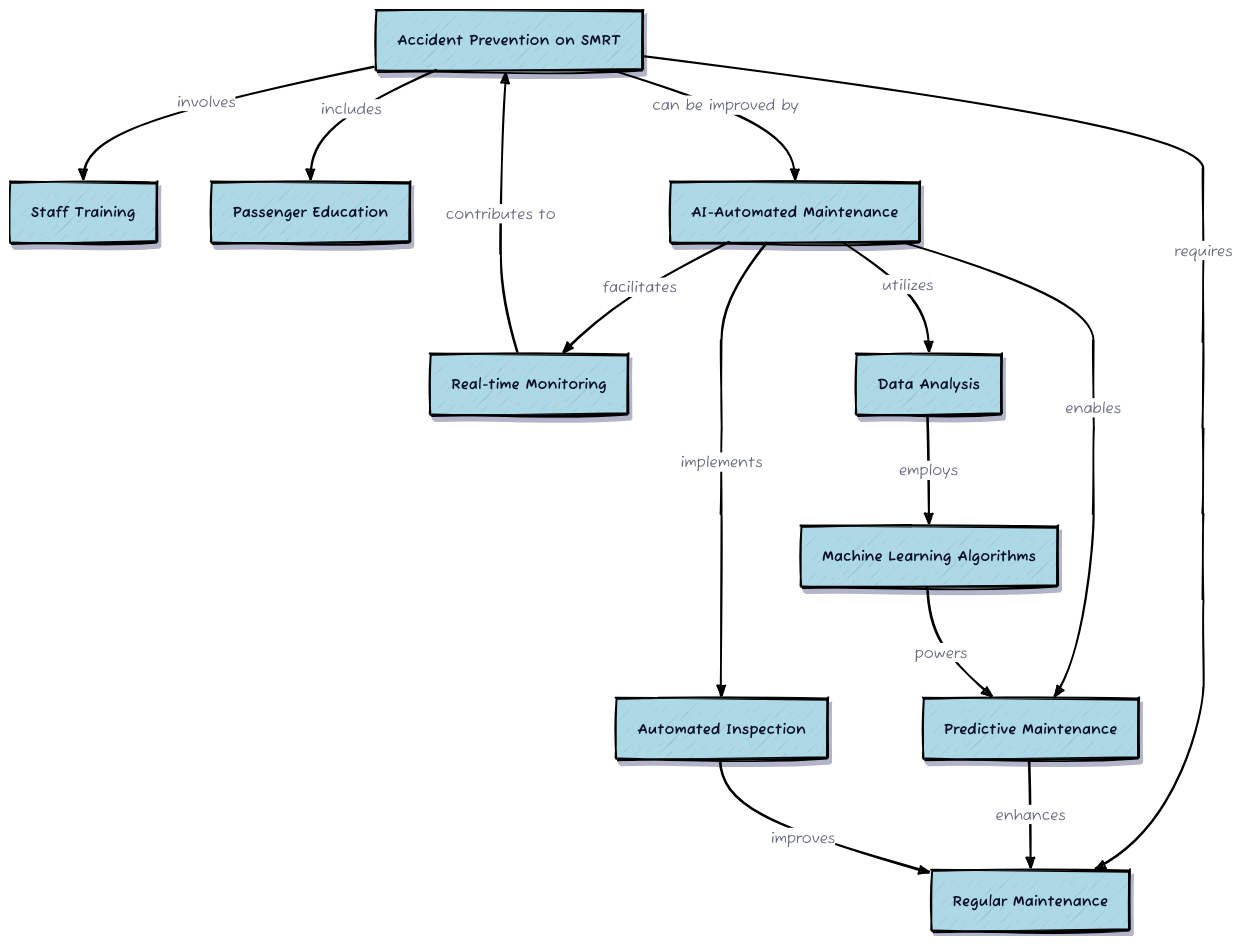
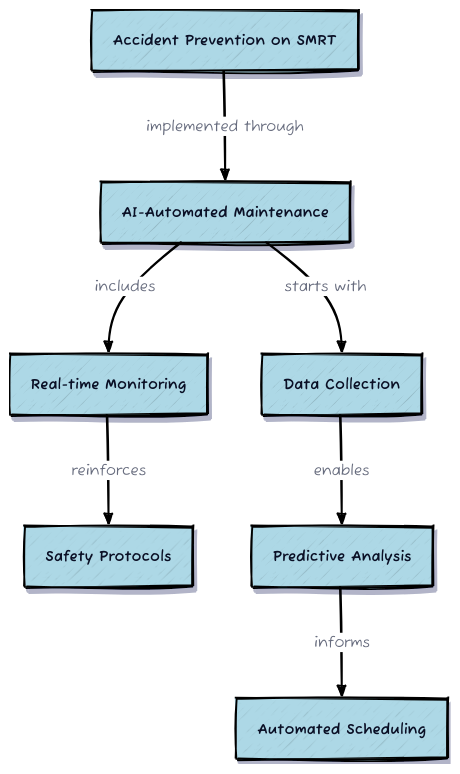
The diagram in database/evaluation/images/How-to-avoid-accidents-on-SMRT-in-Singapore?-How-to-use-AI-to-automate-the-process-of-maintainence?.d2 (fangyuan-ksgk/process-supervision), drawn with D2 before and after one commit. The commit also changed 4 other files, not shown here.

```diff
--- a/database/evaluation/images/How-to-avoid-accidents-on-SMRT-in-Singapore?-How-to-use-AI-to-automate-the-process-of-maintainence?.d2
+++ b/database/evaluation/images/How-to-avoid-accidents-on-SMRT-in-Singapore?-How-to-use-AI-to-automate-the-process-of-maintainence?.d2
@@ -1,195 +1,123 @@
 
 vars: {
   d2-config: {
     sketch: true
   }
 }
 classes: {
   process: {
     label: ""
     shape: rectangle
     style: {
       fill: lightblue
       shadow: true
     }
   }
 }
 
 Accident_Prevention_on_SMRT.class: process
 Accident_Prevention_on_SMRT.label: "Accident Prevention on SMRT"
 Accident_Prevention_on_SMRT: {
   style: {
     opacity: 1
     stroke: "black"
     stroke-width: 2
     shadow: true
   }
 }
-Regular_Maintenance.class: process
-Regular_Maintenance.label: "Regular Maintenance"
-Regular_Maintenance: {
-  style: {
-    opacity: 1
-    stroke: "black"
-    stroke-width: 2
-    shadow: true
-  }
-}
-Staff_Training.class: process
-Staff_Training.label: "Staff Training"
-Staff_Training: {
-  style: {
-    opacity: 1
-    stroke: "black"
-    stroke-width: 2
-    shadow: true
-  }
-}
-Passenger_Education.class: process
-Passenger_Education.label: "Passenger Education"
-Passenger_Education: {
-  style: {
-    opacity: 1
-    stroke: "black"
-    stroke-width: 2
-    shadow: true
-  }
-}
 AI-Automated_Maintenance.class: process
 AI-Automated_Maintenance.label: "AI-Automated Maintenance"
 AI-Automated_Maintenance: {
-  style: {
-    opacity: 1
-    stroke: "black"
-    stroke-width: 2
-    shadow: true
-  }
-}
-Predictive_Maintenance.class: process
-Predictive_Maintenance.label: "Predictive Maintenance"
-Predictive_Maintenance: {
   style: {
     opacity: 1
     stroke: "black"
     stroke-width: 2
     shadow: true
   }
 }
 Real-time_Monitoring.class: process
 Real-time_Monitoring.label: "Real-time Monitoring"
 Real-time_Monitoring: {
   style: {
     opacity: 1
     stroke: "black"
     stroke-width: 2
     shadow: true
   }
 }
-Automated_Inspection.class: process
-Automated_Inspection.label: "Automated Inspection"
-Automated_Inspection: {
+Data_Collection.class: process
+Data_Collection.label: "Data Collection"
+Data_Collection: {
   style: {
     opacity: 1
     stroke: "black"
     stroke-width: 2
     shadow: true
   }
 }
-Data_Analysis.class: process
-Data_Analysis.label: "Data Analysis"
-Data_Analysis: {
+Safety_Protocols.class: process
+Safety_Protocols.label: "Safety Protocols"
+Safety_Protocols: {
   style: {
     opacity: 1
     stroke: "black"
     stroke-width: 2
     shadow: true
   }
 }
-Machine_Learning_Algorithms.class: process
-Machine_Learning_Algorithms.label: "Machine Learning Algorithms"
-Machine_Learning_Algorithms: {
+Predictive_Analysis.class: process
+Predictive_Analysis.label: "Predictive Analysis"
+Predictive_Analysis: {
   style: {
     opacity: 1
     stroke: "black"
     stroke-width: 2
     shadow: true
   }
 }
-Accident_Prevention_on_SMRT -> Regular_Maintenance: {
-  label: "requires"
+Automated_Scheduling.class: process
+Automated_Scheduling.label: "Automated Scheduling"
+Automated_Scheduling: {
+  style: {
+    opacity: 1
+    stroke: "black"
+    stroke-width: 2
+    shadow: true
+  }
+}
+Accident_Prevention_on_SMRT -> AI-Automated_Maintenance: {
+  label: "implemented through"
   style.stroke: black
   style.opacity: 1
   style.stroke-width: 2
 }
-Accident_Prevention_on_SMRT -> Staff_Training: {
-  label: "involves"
-  style.stroke: black
-  style.opacity: 1
-  style.stroke-width: 2
-}
-Accident_Prevention_on_SMRT -> Passenger_Education: {
+AI-Automated_Maintenance -> Real-time_Monitoring: {
   label: "includes"
   style.stroke: black
   style.opacity: 1
   style.stroke-width: 2
 }
-Accident_Prevention_on_SMRT -> AI-Automated_Maintenance: {
-  label: "can be improved by"
+AI-Automated_Maintenance -> Data_Collection: {
+  label: "starts with"
   style.stroke: black
   style.opacity: 1
   style.stroke-width: 2
 }
-AI-Automated_Maintenance -> Predictive_Maintenance: {
+Real-time_Monitoring -> Safety_Protocols: {
+  label: "reinforces"
+  style.stroke: black
+  style.opacity: 1
+  style.stroke-width: 2
+}
+Data_Collection -> Predictive_Analysis: {
   label: "enables"
   style.stroke: black
   style.opacity: 1
   style.stroke-width: 2
 }
-AI-Automated_Maintenance -> Real-time_Monitoring: {
-  label: "facilitates"
+Predictive_Analysis -> Automated_Scheduling: {
+  label: "informs"
   style.stroke: black
   style.opacity: 1
   style.stroke-width: 2
 }
-AI-Automated_Maintenance -> Automated_Inspection: {
-  label: "implements"
-  style.stroke: black
-  style.opacity: 1
-  style.stroke-width: 2
-}
-AI-Automated_Maintenance -> Data_Analysis: {
-  label: "utilizes"
-  style.stroke: black
-  style.opacity: 1
-  style.stroke-width: 2
-}
-Predictive_Maintenance -> Regular_Maintenance: {
-  label: "enhances"
-  style.stroke: black
-  style.opacity: 1
-  style.stroke-width: 2
-}
-Real-time_Monitoring -> Accident_Prevention_on_SMRT: {
-  label: "contributes to"
-  style.stroke: black
-  style.opacity: 1
-  style.stroke-width: 2
-}
-Automated_Inspection -> Regular_Maintenance: {
-  label: "improves"
-  style.stroke: black
-  style.opacity: 1
-  style.stroke-width: 2
-}
-Data_Analysis -> Machine_Learning_Algorithms: {
-  label: "employs"
-  style.stroke: black
-  style.opacity: 1
-  style.stroke-width: 2
-}
-Machine_Learning_Algorithms -> Predictive_Maintenance: {
-  label: "powers"
-  style.stroke: black
-  style.opacity: 1
-  style.stroke-width: 2
-}
```
